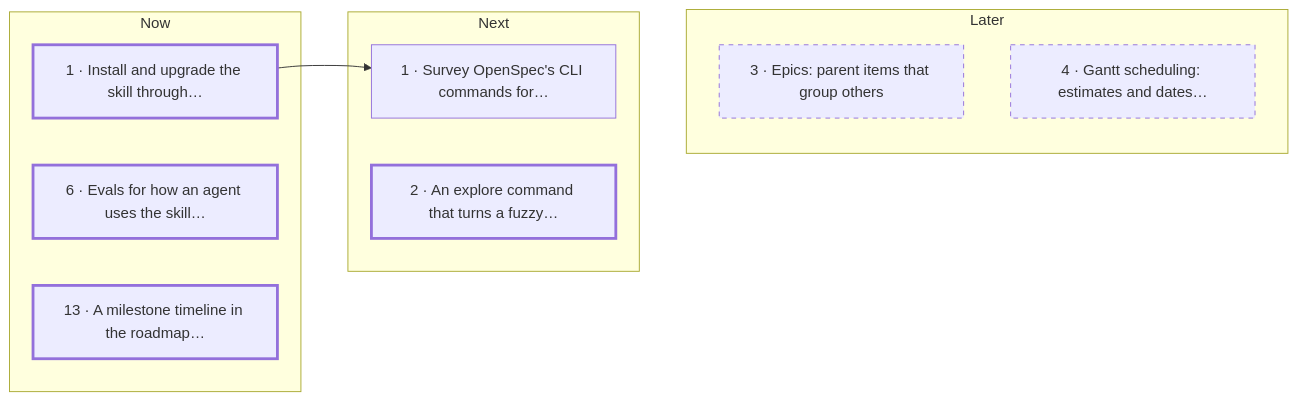
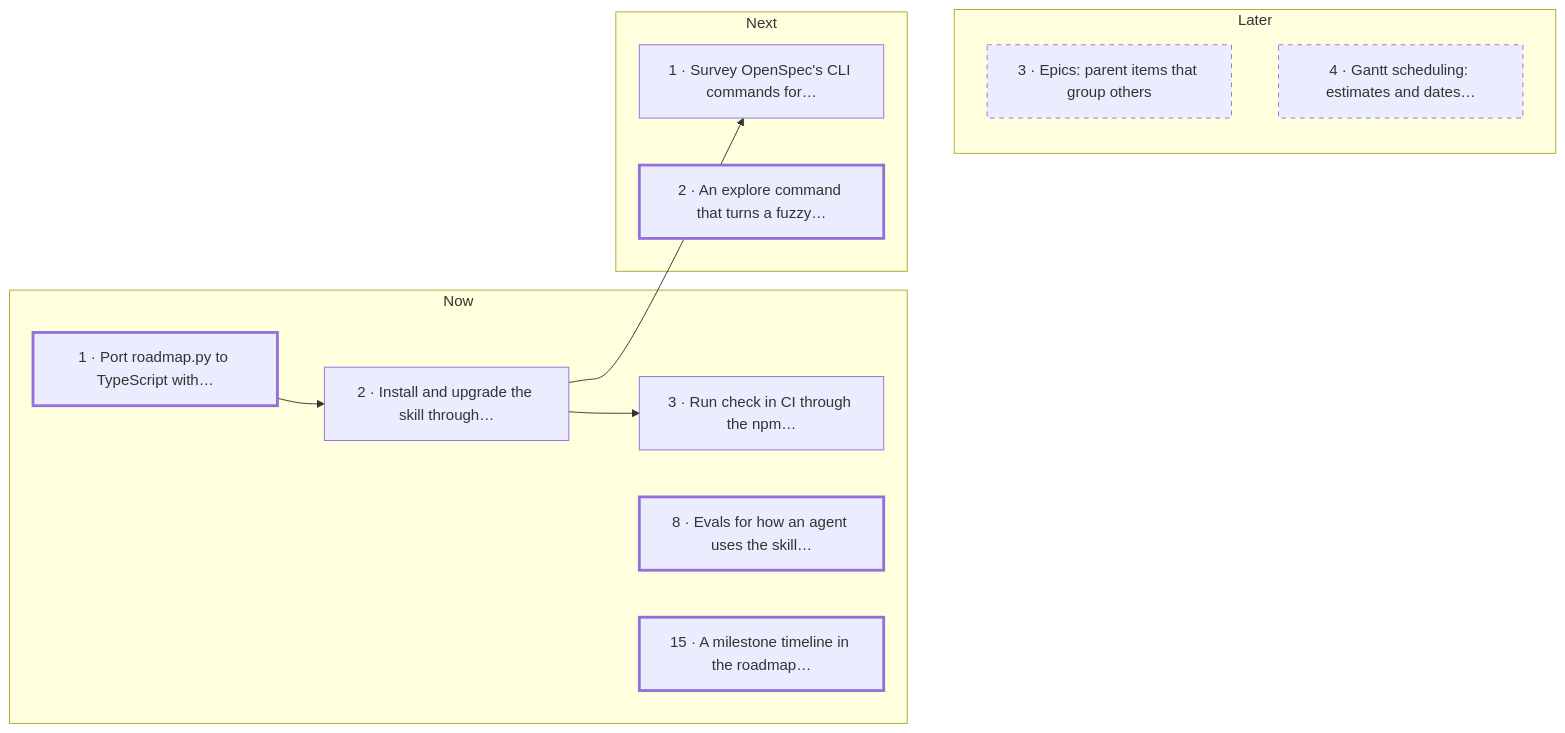
The diagram in roadmap/README.md (carby/simple-agentic-roadmap-skill), drawn with Mermaid before and after one commit. The commit also changed other lines of this file and 5 other files, not shown here.

Commit message:
docs(roadmap): split npm-installer into port, installer and CI migration

````diff
--- a/roadmap/README.md
+++ b/roadmap/README.md
@@ -42,22 +42,26 @@
 ```mermaid
 flowchart LR
   subgraph b_now ["Now"]
-    i_npm_installer["1 · Install and upgrade the skill through…"]
-    i_agent_behaviour_evals["6 · Evals for how an agent uses the skill…"]
-    i_milestone_timeline["13 · A milestone timeline in the roadmap…"]
+    i_typescript_port["1 · Port roadmap.py to TypeScript with…"]
+    i_npm_installer["2 · Install and upgrade the skill through…"]
+    i_npx_ci_migration["3 · Run check in CI through the npm…"]
+    i_agent_behaviour_evals["8 · Evals for how an agent uses the skill…"]
+    i_milestone_timeline["15 · A milestone timeline in the roadmap…"]
   end
   subgraph b_next ["Next"]
     i_openspec_command_parity["1 · Survey OpenSpec's CLI commands for…"]
     i_explore_command["2 · An explore command that turns a fuzzy…"]
   end
   subgraph b_later ["Later"]
     i_epics["3 · Epics: parent items that group others"]
     i_gantt_scheduling["4 · Gantt scheduling: estimates and dates…"]
   end
   b_now ~~~ b_next ~~~ b_later
+  i_typescript_port --> i_npm_installer
+  i_npm_installer --> i_npx_ci_migration
   i_npm_installer --> i_openspec_command_parity
   classDef ready stroke-width: 3px
-  class i_npm_installer,i_agent_behaviour_evals,i_milestone_timeline,i_explore_command ready
+  class i_typescript_port,i_agent_behaviour_evals,i_milestone_timeline,i_explore_command ready
   classDef later stroke-dasharray: 5 5
   class i_epics,i_gantt_scheduling later
 ```
````
